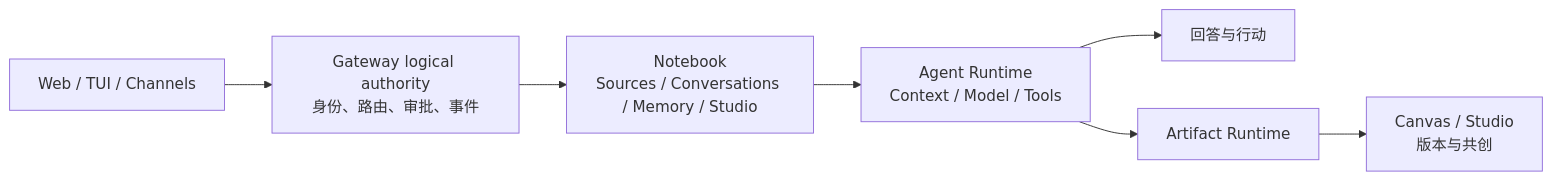
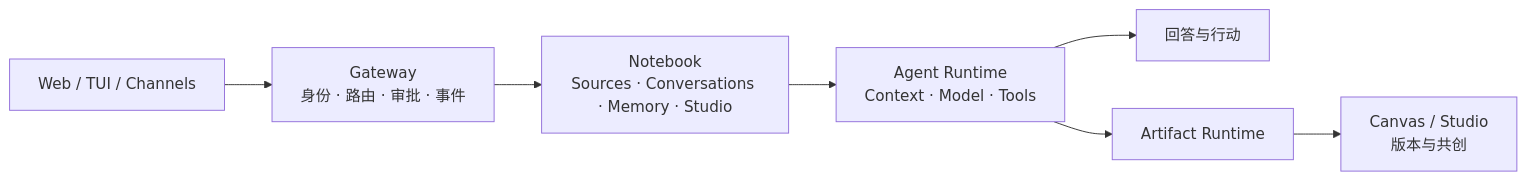
One commit to Timcai06/EduCanvas changed the first of 3 diagrams in README.md. Above: the diagram before and after it, drawn with Mermaid. The commit also changed other lines of this file and 17 other files, not shown here.

Commit message:
docs: align product identity and capability roadmap

````diff
--- a/README.md
+++ b/README.md
@@ -40,9 +30,9 @@
 ```mermaid
 flowchart LR
-    Surfaces[Web / TUI / Channels] --> Gateway[Gateway logical authority\n身份、路由、审批、事件]
-    Gateway --> Notebook[Notebook\nSources / Conversations / Memory / Studio]
-    Notebook --> Agent[Agent Runtime\nContext / Model / Tools]
+    Surfaces[Web / TUI / Channels] --> Gateway[Gateway\n身份 · 路由 · 审批 · 事件]
+    Gateway --> Notebook[Notebook\nSources · Conversations · Memory · Studio]
+    Notebook --> Agent[Agent Runtime\nContext · Model · Tools]
     Agent --> Answer[回答与行动]
     Agent --> Artifact[Artifact Runtime]
     Artifact --> Canvas[Canvas / Studio\n版本与共创]
 ```
````
